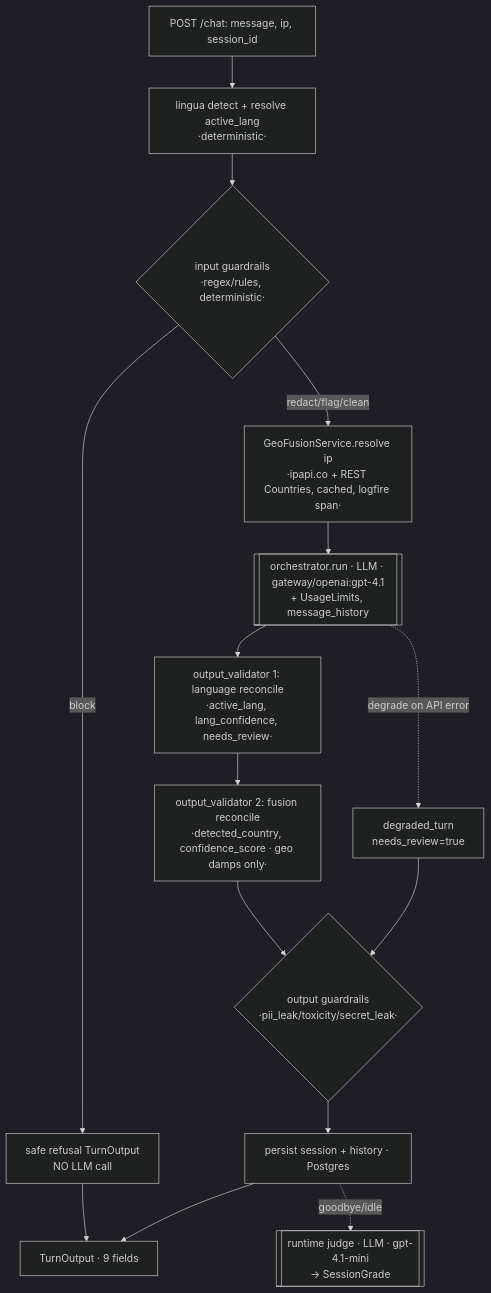
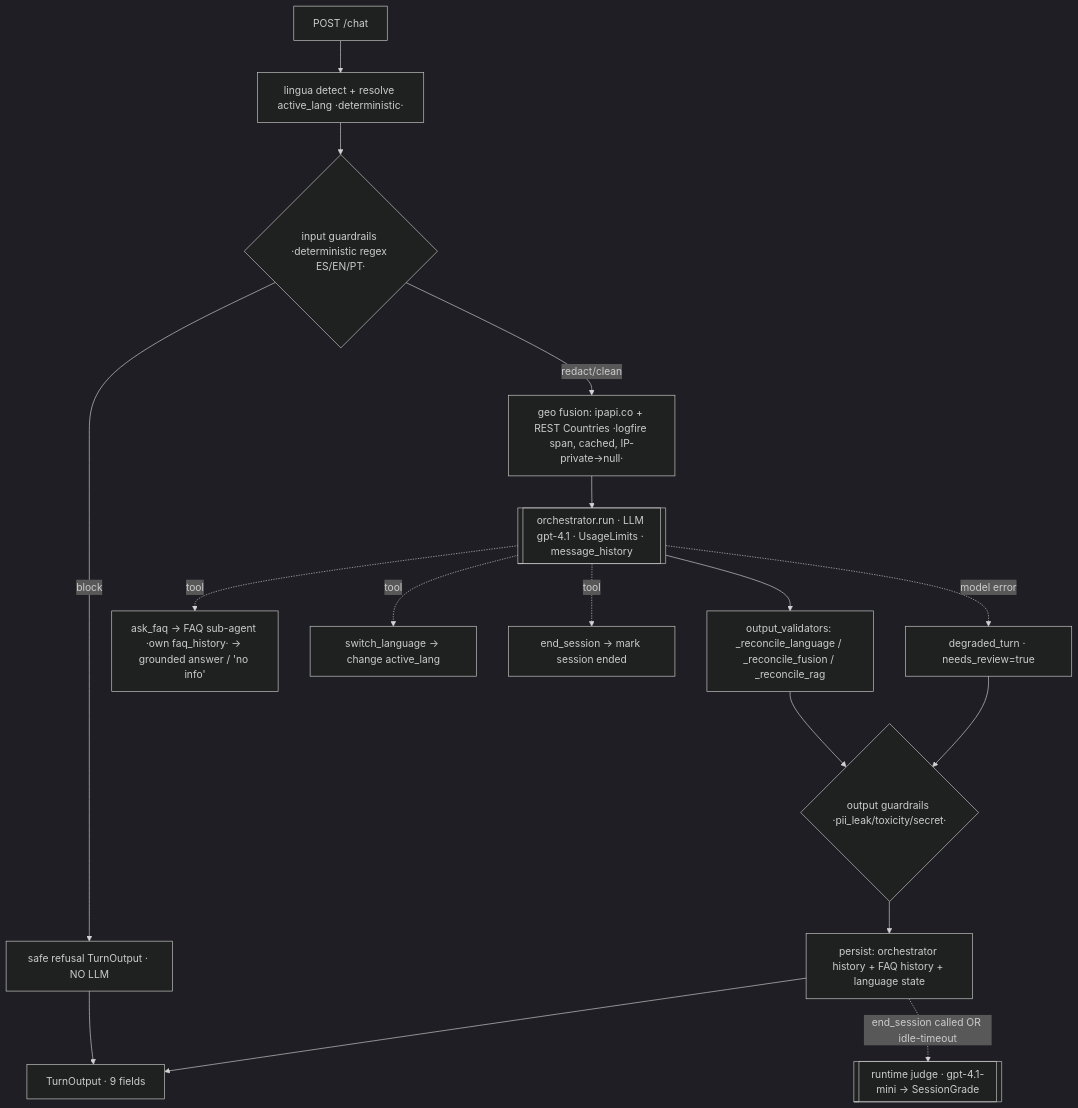
Before and after one commit to alejandrovelez243/zapp-test: the second of 2 diagrams in ARCHITECTURE.md, drawn with Mermaid (dark theme). The commit also changed other lines of this file, not shown here.

Commit message:
docs(architecture): rewrite to current state — tools-first, deterministic guardrails, custom eval, sub-agent memory, admin UI

````diff
--- a/ARCHITECTURE.md
+++ b/ARCHITECTURE.md
@@ -50,15 +31,17 @@
 ```mermaid
 flowchart TD
-  A[POST /chat: message, ip, session_id] --> B[lingua detect + resolve active_lang<br/>·deterministic·]
-  B --> C{input guardrails<br/>·regex/rules, deterministic·}
-  C -- block --> Z[safe refusal TurnOutput<br/>NO LLM call] --> OUT
-  C -- redact/flag/clean --> D[GeoFusionService.resolve ip<br/>·ipapi.co + REST Countries, cached, logfire span·]
-  D --> E[[orchestrator.run · LLM · gateway/openai:gpt-4.1<br/>+ UsageLimits, message_history]]
-  E --> F[output_validator 1: language reconcile<br/>·active_lang, lang_confidence, needs_review·]
-  F --> G[output_validator 2: fusion reconcile<br/>·detected_country, confidence_score · geo damps only·]
-  G --> H{output guardrails<br/>·pii_leak/toxicity/secret_leak·}
-  H --> I[persist session + history · Postgres]
+  A[POST /chat] --> B[lingua detect + resolve active_lang ·deterministic·]
+  B --> C{input guardrails ·deterministic regex ES/EN/PT·}
+  C -- block --> Z[safe refusal TurnOutput · NO LLM] --> OUT
+  C -- redact/clean --> D[geo fusion: ipapi.co + REST Countries ·logfire span, cached, IP-private→null·]
+  D --> E[[orchestrator.run · LLM gpt-4.1 · UsageLimits · message_history]]
+  E -. tool .-> F1[ask_faq → FAQ sub-agent ·own faq_history· → grounded answer / 'no info']
+  E -. tool .-> F2[switch_language → change active_lang]
+  E -. tool .-> F3[end_session → mark session ended]
+  E --> G[output_validators: _reconcile_language / _reconcile_fusion / _reconcile_rag]
+  G --> H{output guardrails ·pii_leak/toxicity/secret·}
+  H --> I[persist: orchestrator history + FAQ history + language state]
   I --> OUT[TurnOutput · 9 fields]
-  I -. goodbye/idle .-> J[[runtime judge · LLM · gpt-4.1-mini<br/>→ SessionGrade]]
-  E -. degrade on API error .-> K[degraded_turn<br/>needs_review=true] --> H
+  I -. end_session called OR idle-timeout .-> J[[runtime judge · gpt-4.1-mini → SessionGrade]]
+  E -. model error .-> K[degraded_turn · needs_review=true] --> H
 ```
````
